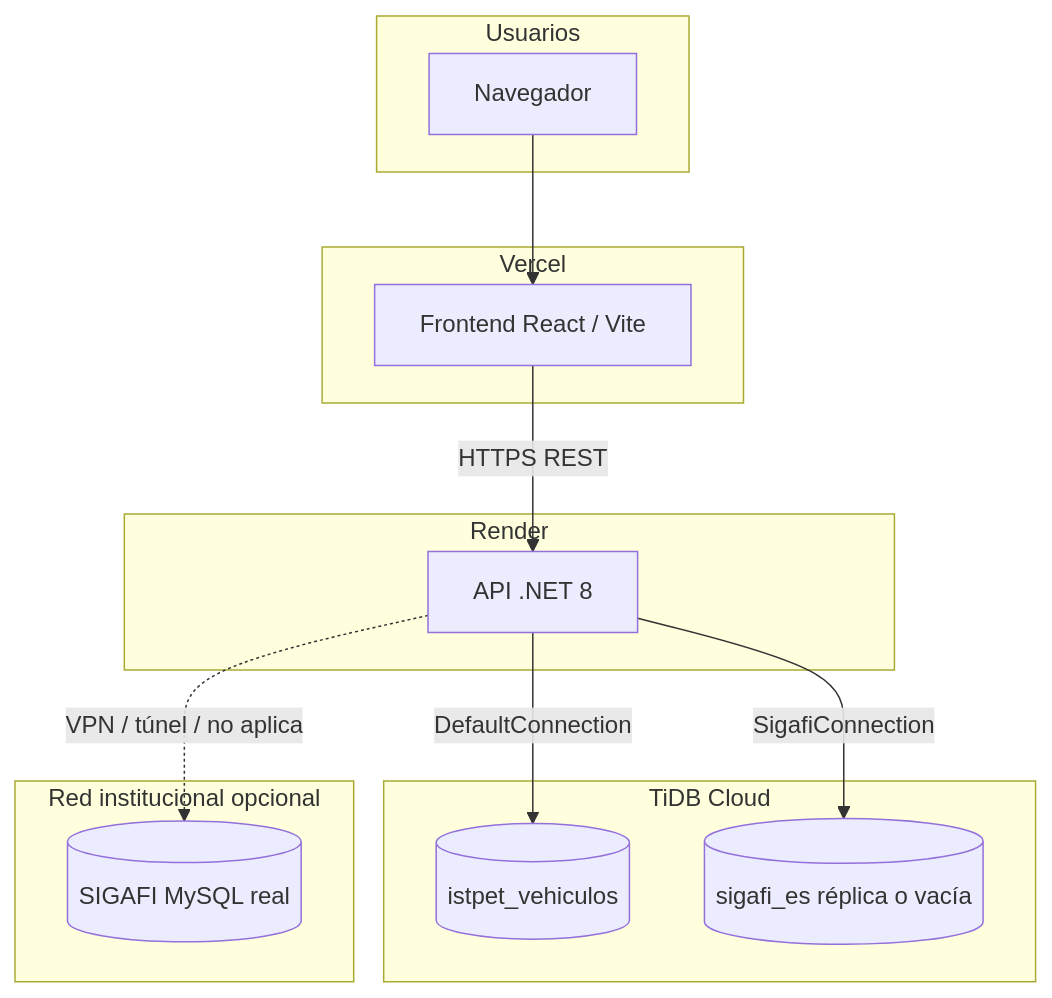
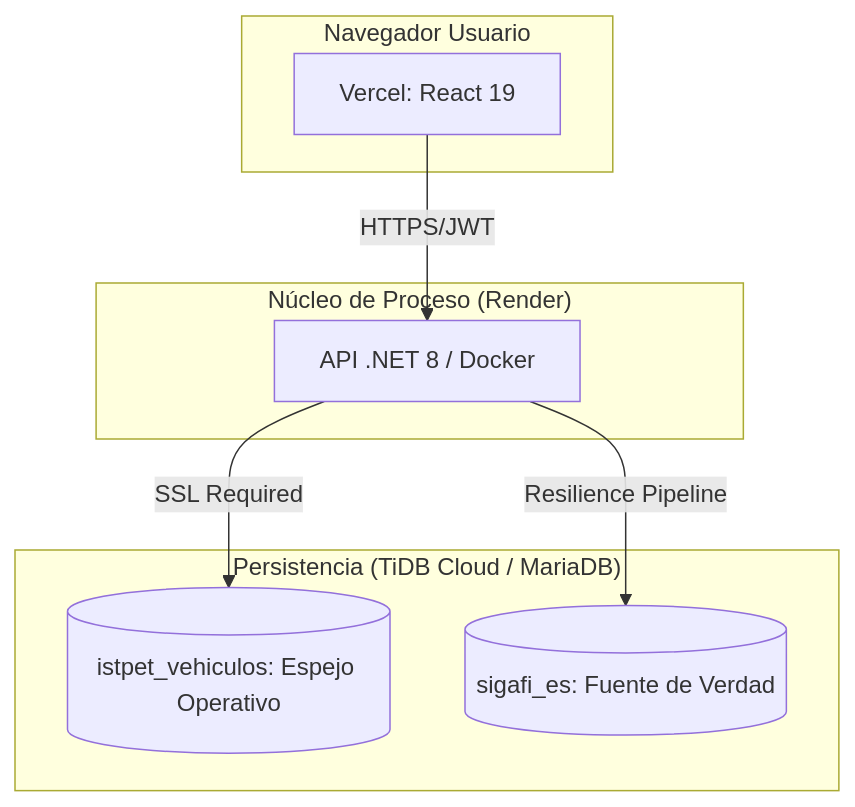
The diagram in docs/DEPLOYMENT_CLOUD.md (JorgeDoicela/istpet_vehiculos), drawn with Mermaid before and after one commit. The commit also changed other lines of this file and 16 other files, not shown here.

````diff
--- a/docs/DEPLOYMENT_CLOUD.md
+++ b/docs/DEPLOYMENT_CLOUD.md
@@ -9,24 +11,19 @@
 ```mermaid
-flowchart TB
-    subgraph users [Usuarios]
-        B[Navegador]
+flowchart TD
+    subgraph "Navegador Usuario"
+        UI[Vercel: React 19]
     end
-    subgraph vercel [Vercel]
-        F[Frontend React / Vite]
+
+    subgraph "Núcleo de Proceso (Render)"
+        API[API .NET 8 / Docker]
     end
-    subgraph render [Render]
-        A[API .NET 8]
+
+    subgraph "Persistencia (TiDB Cloud / MariaDB)"
+        DB1[(istpet_vehiculos: Espejo Operativo)]
+        DB2[(sigafi_es: Fuente de Verdad)]
     end
-    subgraph tidb [TiDB Cloud]
-        L[(istpet_vehiculos)]
-        S[(sigafi_es réplica o vacía)]
-    end
-    subgraph onprem [Red institucional opcional]
-        R[(SIGAFI MySQL real)]
-    end
-    B --> F
-    F -->|HTTPS REST| A
-    A -->|DefaultConnection| L
-    A -->|SigafiConnection| S
-    A -. VPN / túnel / no aplica .-> R
+
+    UI -- HTTPS/JWT --> API
+    API -- "SSL Required" --> DB1
+    API -- "Resilience Pipeline" --> DB2
 ```
````
